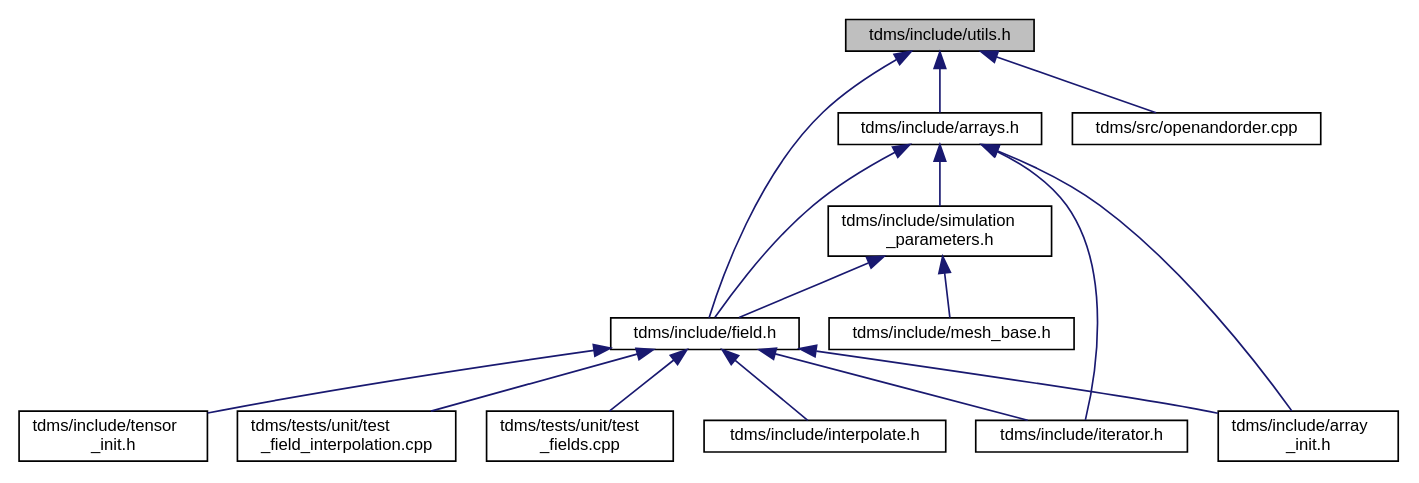
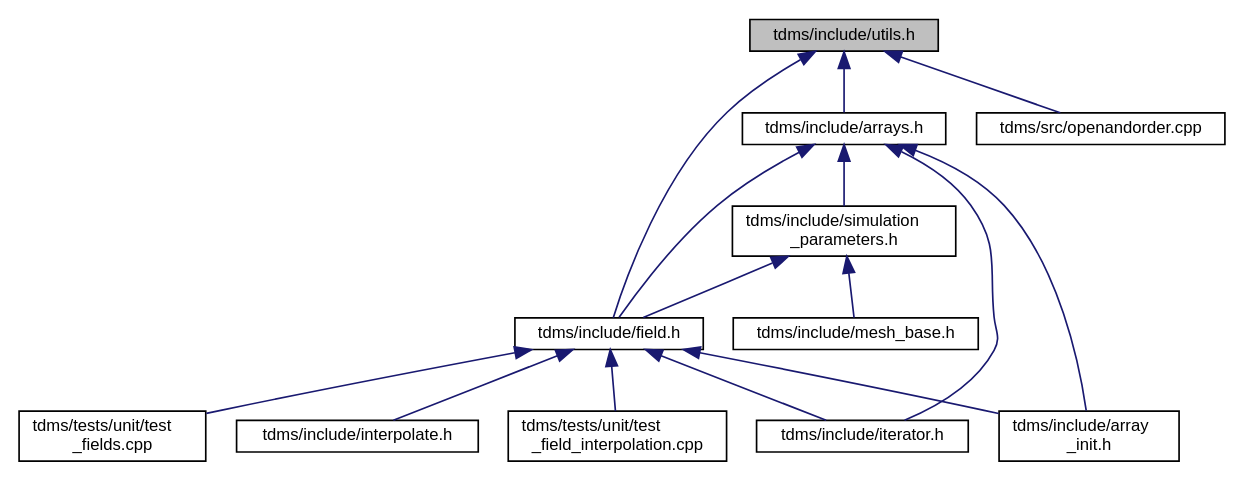
Before and after one commit to UCL/TDMS: the diagram in utils_8h__dep__incl.dot, drawn with Graphviz. The commit also changed 74 other files, not shown here.

```diff
--- a/utils_8h__dep__incl.dot
+++ b/utils_8h__dep__incl.dot
@@ -1,33 +1,31 @@
 digraph "tdms/include/utils.h"
 {
  // LATEX_PDF_SIZE
   edge [fontname="Helvetica",fontsize="10",labelfontname="Helvetica",labelfontsize="10"];
   node [fontname="Helvetica",fontsize="10",shape=record];
   Node1 [label="tdms/include/utils.h",height=0.2,width=0.4,color="black", fillcolor="grey75", style="filled", fontcolor="black",tooltip="Useful miscellaneous utility functions."];
   Node1 -> Node2 [dir="back",color="midnightblue",fontsize="10",style="solid",fontname="Helvetica"];
   Node2 [label="tdms/include/arrays.h",height=0.2,width=0.4,color="black", fillcolor="white", style="filled",URL="$arrays_8h.html",tooltip="Classes describing arrays, vertices etc."];
   Node2 -> Node3 [dir="back",color="midnightblue",fontsize="10",style="solid",fontname="Helvetica"];
   Node3 [label="tdms/include/array\l_init.h",height=0.2,width=0.4,color="black", fillcolor="white", style="filled",URL="$array__init_8h.html",tooltip="A collection of functions for array initialisation given MATLAB pointers."];
   Node2 -> Node4 [dir="back",color="midnightblue",fontsize="10",style="solid",fontname="Helvetica"];
   Node4 [label="tdms/include/field.h",height=0.2,width=0.4,color="black", fillcolor="white", style="filled",URL="$field_8h.html",tooltip="Classes for the electric and magnetic (split) fields on a grid."];
   Node4 -> Node3 [dir="back",color="midnightblue",fontsize="10",style="solid",fontname="Helvetica"];
   Node4 -> Node5 [dir="back",color="midnightblue",fontsize="10",style="solid",fontname="Helvetica"];
   Node5 [label="tdms/include/interpolate.h",height=0.2,width=0.4,color="black", fillcolor="white", style="filled",URL="$interpolate_8h.html",tooltip="Interpolation of field values within FDTD grid."];
   Node4 -> Node6 [dir="back",color="midnightblue",fontsize="10",style="solid",fontname="Helvetica"];
   Node6 [label="tdms/include/iterator.h",height=0.2,width=0.4,color="black", fillcolor="white", style="filled",URL="$iterator_8h.html",tooltip="The main time propogation algorithm."];
   Node4 -> Node7 [dir="back",color="midnightblue",fontsize="10",style="solid",fontname="Helvetica"];
-  Node7 [label="tdms/include/tensor\l_init.h",height=0.2,width=0.4,color="black", fillcolor="white", style="filled",URL="$tensor__init_8h_source.html",tooltip=" "];
+  Node7 [label="tdms/tests/unit/test\l_field_interpolation.cpp",height=0.2,width=0.4,color="black", fillcolor="white", style="filled",URL="$test__field__interpolation_8cpp.html",tooltip="Tests interpolation of E- and H-fields and compares the errors against MATLAB benchmarks."];
   Node4 -> Node8 [dir="back",color="midnightblue",fontsize="10",style="solid",fontname="Helvetica"];
-  Node8 [label="tdms/tests/unit/test\l_field_interpolation.cpp",height=0.2,width=0.4,color="black", fillcolor="white", style="filled",URL="$test__field__interpolation_8cpp.html",tooltip="Tests interpolation of E- and H-fields and compares the errors against MATLAB benchmarks."];
-  Node4 -> Node9 [dir="back",color="midnightblue",fontsize="10",style="solid",fontname="Helvetica"];
-  Node9 [label="tdms/tests/unit/test\l_fields.cpp",height=0.2,width=0.4,color="black", fillcolor="white", style="filled",URL="$test__fields_8cpp.html",tooltip="Test of the Field class and subclasses."];
-  Node2 -> Node10 [dir="back",color="midnightblue",fontsize="10",style="solid",fontname="Helvetica"];
-  Node10 [label="tdms/include/simulation\l_parameters.h",height=0.2,width=0.4,color="black", fillcolor="white", style="filled",URL="$simulation__parameters_8h.html",tooltip="Classes collecting parameters for the simulation."];
-  Node10 -> Node4 [dir="back",color="midnightblue",fontsize="10",style="solid",fontname="Helvetica"];
-  Node10 -> Node11 [dir="back",color="midnightblue",fontsize="10",style="solid",fontname="Helvetica"];
-  Node11 [label="tdms/include/mesh_base.h",height=0.2,width=0.4,color="black", fillcolor="white", style="filled",URL="$mesh__base_8h.html",tooltip="TODO: what are these functions?"];
+  Node8 [label="tdms/tests/unit/test\l_fields.cpp",height=0.2,width=0.4,color="black", fillcolor="white", style="filled",URL="$test__fields_8cpp.html",tooltip="Test of the Field class and subclasses."];
+  Node2 -> Node9 [dir="back",color="midnightblue",fontsize="10",style="solid",fontname="Helvetica"];
+  Node9 [label="tdms/include/simulation\l_parameters.h",height=0.2,width=0.4,color="black", fillcolor="white", style="filled",URL="$simulation__parameters_8h.html",tooltip="Classes collecting parameters for the simulation."];
+  Node9 -> Node4 [dir="back",color="midnightblue",fontsize="10",style="solid",fontname="Helvetica"];
+  Node9 -> Node10 [dir="back",color="midnightblue",fontsize="10",style="solid",fontname="Helvetica"];
+  Node10 [label="tdms/include/mesh_base.h",height=0.2,width=0.4,color="black", fillcolor="white", style="filled",URL="$mesh__base_8h.html",tooltip="TODO: what are these functions?"];
   Node2 -> Node6 [dir="back",color="midnightblue",fontsize="10",style="solid",fontname="Helvetica"];
   Node1 -> Node4 [dir="back",color="midnightblue",fontsize="10",style="solid",fontname="Helvetica"];
-  Node1 -> Node12 [dir="back",color="midnightblue",fontsize="10",style="solid",fontname="Helvetica"];
-  Node12 [label="tdms/src/openandorder.cpp",height=0.2,width=0.4,color="black", fillcolor="white", style="filled",URL="$openandorder_8cpp.html",tooltip="Launch and file IO."];
+  Node1 -> Node11 [dir="back",color="midnightblue",fontsize="10",style="solid",fontname="Helvetica"];
+  Node11 [label="tdms/src/openandorder.cpp",height=0.2,width=0.4,color="black", fillcolor="white", style="filled",URL="$openandorder_8cpp.html",tooltip="Launch and file IO."];
 }
```
